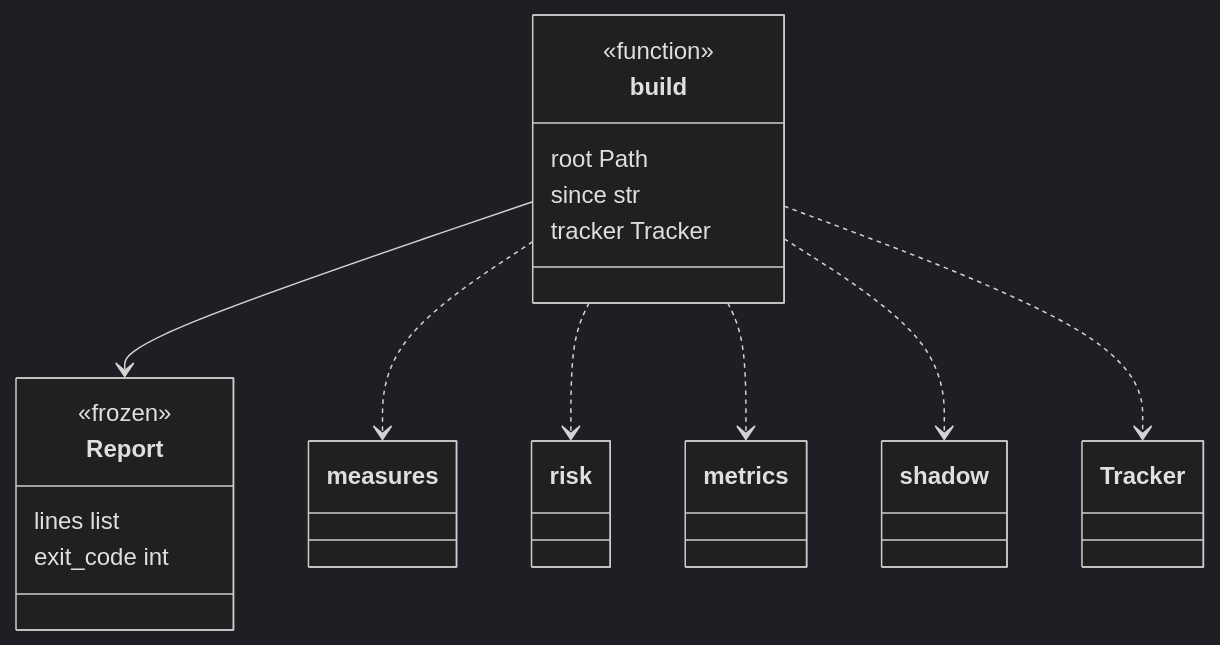
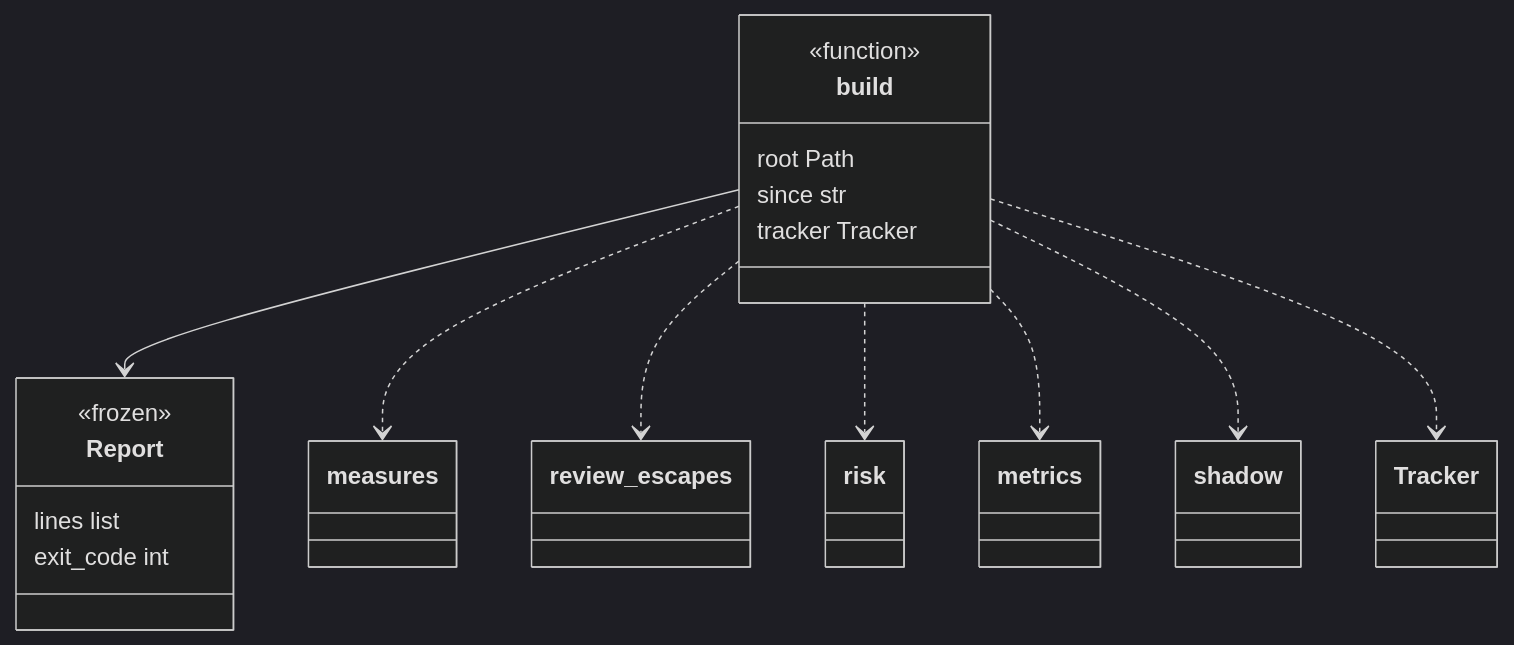
The second of 3 diagrams in docs/architecture/modules/report.md (plaplanche/ariane), drawn with Mermaid (dark theme) before and after one commit. The commit also changed other lines of this file and 34 other files, not shown here.

Commit message:
#196: ariane report: review escapes per model pair and stop categories (C10, C19)

````diff
--- a/docs/architecture/modules/report.md
+++ b/docs/architecture/modules/report.md
@@ -38,20 +41,21 @@
 ```mermaid
 classDiagram
 class Report {
   <<frozen>>
   lines list
   exit_code int
 }
 class build {
   <<function>>
   root Path
   since str
   tracker Tracker
 }
 build --> Report
 build ..> measures
+build ..> review_escapes
 build ..> risk
 build ..> metrics
 build ..> shadow
 build ..> Tracker
 ```
````
